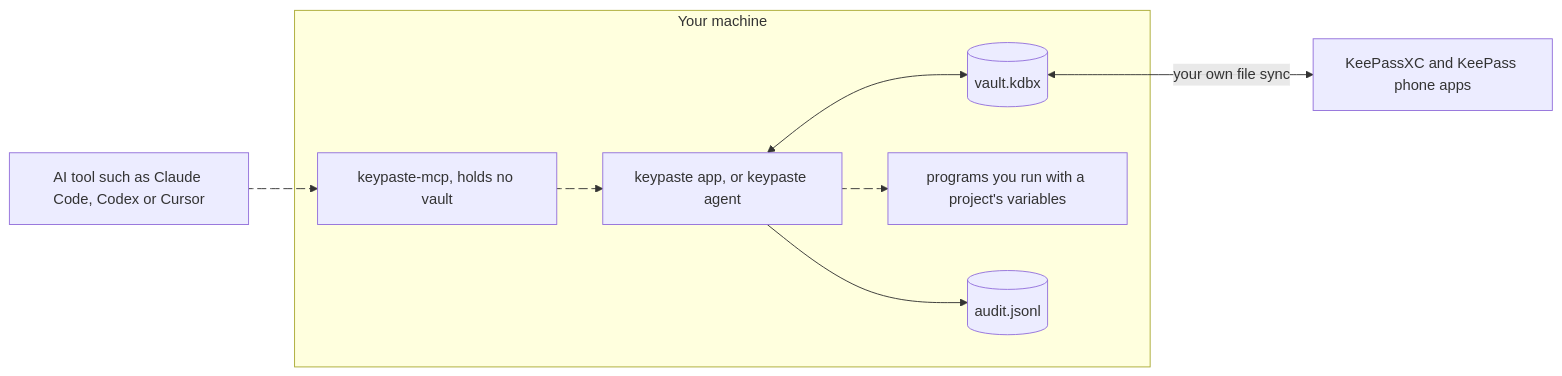
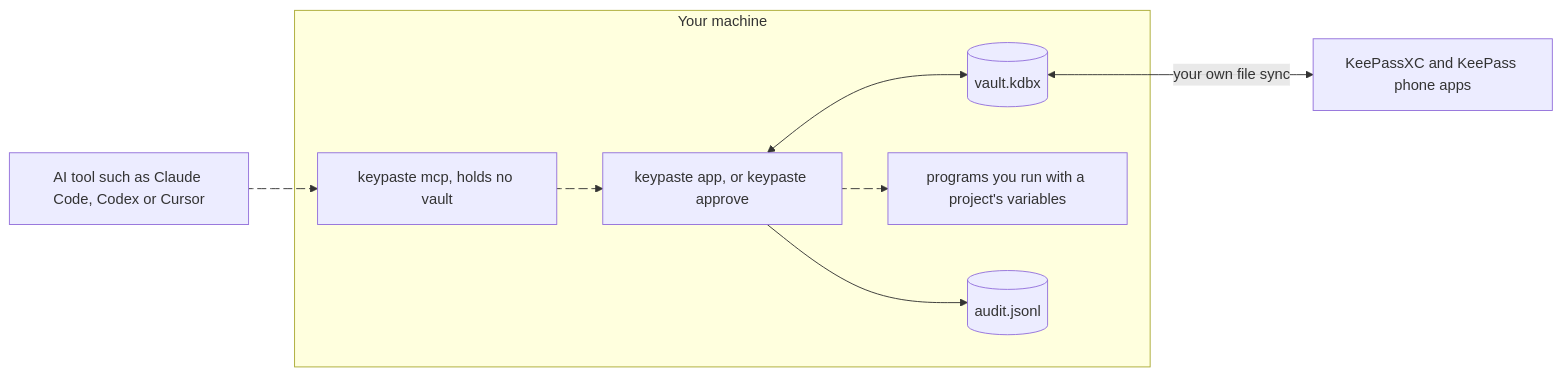
The first of 3 diagrams in site/web/src/content/docs/how-it-works/index.mdx (notinferred/keypaste), drawn with Mermaid before and after one commit. The commit also changed other lines of this file and 39 other files, not shown here.

````diff
--- a/site/web/src/content/docs/how-it-works/index.mdx
+++ b/site/web/src/content/docs/how-it-works/index.mdx
@@ -10,19 +12,19 @@
 ```mermaid
 flowchart LR
   subgraph machine["Your machine"]
     vault[("vault.kdbx")]
-    owner["keypaste app, or keypaste agent"]
-    bridge["keypaste-mcp, holds no vault"]
+    owner["keypaste app, or keypaste approve"]
+    bridge["keypaste mcp, holds no vault"]
     child["programs you run with a project's variables"]
     log[("audit.jsonl")]
   end
   ai["AI tool such as Claude Code, Codex or Cursor"] e1@--> bridge
   bridge e2@--> owner
   owner <--> vault
   owner e3@--> child
   owner --> log
   vault <-->|your own file sync| other["KeePassXC and KeePass phone apps"]
   e1@{ animate: true }
   e2@{ animate: true }
   e3@{ animate: true }
 ```
````
